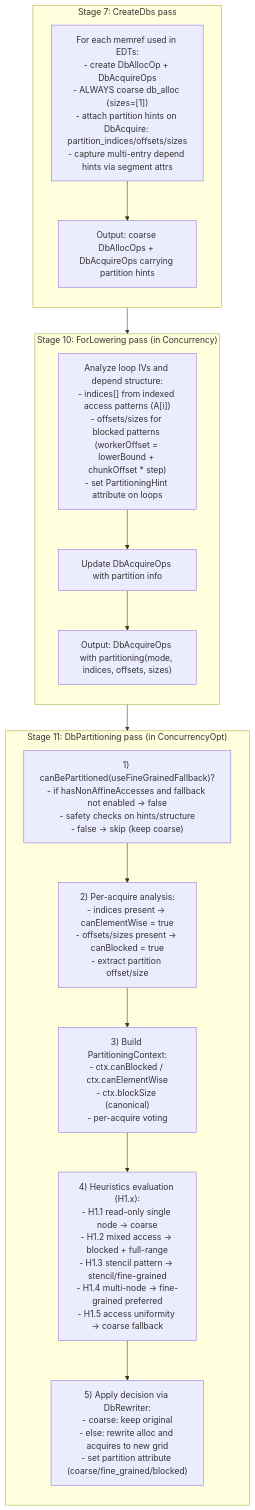
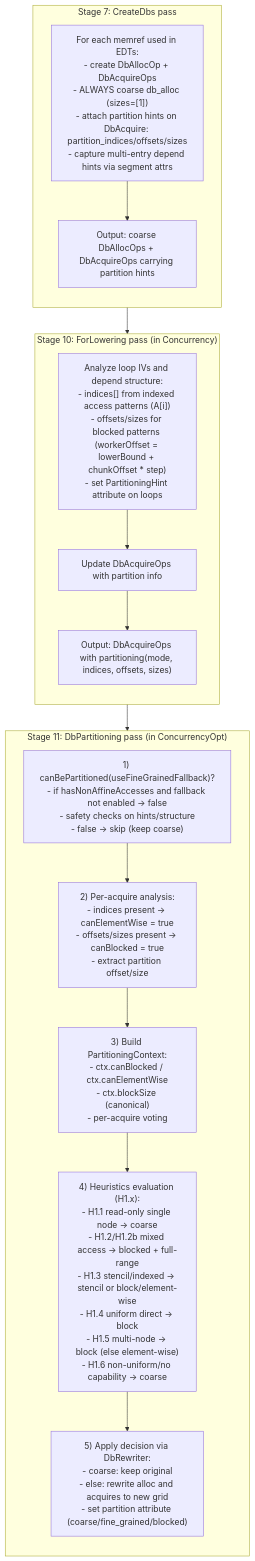
One commit to randreshg/carts changed the second of 9 diagrams in docs/heuristics/partitioning/partitioning.md. Above: the diagram before and after it, drawn with Mermaid. The commit also changed other lines of this file and 28 other files, not shown here.

````diff
--- a/docs/heuristics/partitioning/partitioning.md
+++ b/docs/heuristics/partitioning/partitioning.md
@@ -667,29 +721,29 @@
 ```mermaid
 flowchart TB
   subgraph S7["Stage 7: CreateDbs pass"]
     direction TB
     S7A["For each memref used in EDTs:<br/>- create DbAllocOp + DbAcquireOps<br/>- ALWAYS coarse db_alloc (sizes=[1])<br/>- attach partition hints on DbAcquire: partition_indices/offsets/sizes<br/>- capture multi-entry depend hints via segment attrs"]
     S7O["Output: coarse DbAllocOps + DbAcquireOps carrying partition hints"]
     S7A --> S7O
   end
 
   subgraph S10["Stage 10: ForLowering pass (in Concurrency)"]
     direction TB
     S10A["Analyze loop IVs and depend structure:<br/>- indices[] from indexed access patterns (A[i])<br/>- offsets/sizes for blocked patterns (workerOffset = lowerBound + chunkOffset * step)<br/>- set PartitioningHint attribute on loops"]
     S10B["Update DbAcquireOps with partition info"]
     S10O["Output: DbAcquireOps with partitioning(mode, indices, offsets, sizes)"]
     S10A --> S10B --> S10O
   end
 
   subgraph S11["Stage 11: DbPartitioning pass (in ConcurrencyOpt)"]
     direction TB
     S11A["1) canBePartitioned(useFineGrainedFallback)?<br/>- if hasNonAffineAccesses and fallback not enabled → false<br/>- safety checks on hints/structure<br/>- false → skip (keep coarse)"]
     S11B["2) Per-acquire analysis:<br/>- indices present → canElementWise = true<br/>- offsets/sizes present → canBlocked = true<br/>- extract partition offset/size"]
     S11C["3) Build PartitioningContext:<br/>- ctx.canBlocked / ctx.canElementWise<br/>- ctx.blockSize (canonical)<br/>- per-acquire voting"]
-    S11D["4) Heuristics evaluation (H1.x):<br/>- H1.1 read-only single node → coarse<br/>- H1.2 mixed access → blocked + full-range<br/>- H1.3 stencil pattern → stencil/fine-grained<br/>- H1.4 multi-node → fine-grained preferred<br/>- H1.5 access uniformity → coarse fallback"]
+    S11D["4) Heuristics evaluation (H1.x):<br/>- H1.1 read-only single node → coarse<br/>- H1.2/H1.2b mixed access → blocked + full-range<br/>- H1.3 stencil/indexed → stencil or block/element-wise<br/>- H1.4 uniform direct → block<br/>- H1.5 multi-node → block (else element-wise)<br/>- H1.6 non-uniform/no capability → coarse"]
     S11E["5) Apply decision via DbRewriter:<br/>- coarse: keep original<br/>- else: rewrite alloc and acquires to new grid<br/>- set partition attribute (coarse/fine_grained/blocked)"]
     S11A --> S11B --> S11C --> S11D --> S11E
   end
 
   S7 --> S10 --> S11
 ```
````
